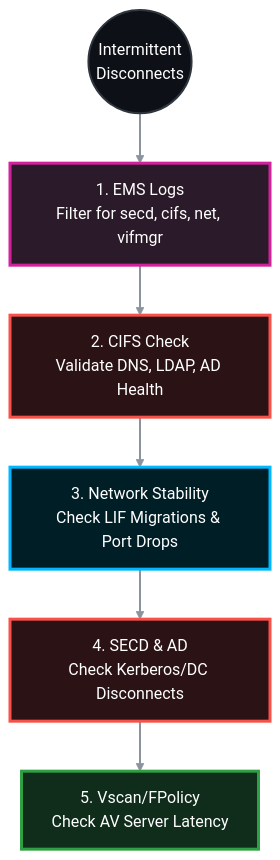
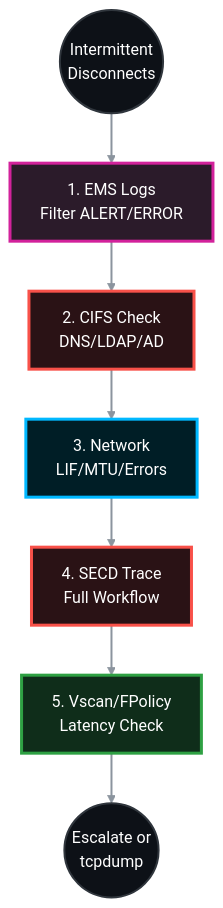
The diagram in NetApp/CIFS/Interminent_issue/storage_side.md (sulthansharief-ks/SAN-NAS_Central), drawn with Mermaid before and after one commit. The commit also changed other lines of this file, not shown here.

````diff
--- a/NetApp/CIFS/Interminent_issue/storage_side.md
+++ b/NetApp/CIFS/Interminent_issue/storage_side.md
@@ -21,25 +20,19 @@
 ```mermaid
 graph TD
-    %% --- Dark Mode Theme Definitions ---
     classDef base fill:#0d1117,stroke:#30363d,stroke-width:2px,color:#fff
     classDef log fill:#2b1b2a,stroke:#d2229b,stroke-width:3px,color:#fff
     classDef ad fill:#2a1215,stroke:#f85149,stroke-width:3px,color:#fff
     classDef network fill:#001e26,stroke:#00b8ff,stroke-width:3px,color:#fff
     classDef io fill:#0f2d1a,stroke:#2ea043,stroke-width:3px,color:#fff
 
     Start((Intermittent<br/>Disconnects)):::base
+    EMS["1. EMS Logs<br/>Filter ALERT/ERROR"]:::log
+    CHECK["2. CIFS Check<br/>DNS/LDAP/AD"]:::ad
+    LIF["3. Network<br/>LIF/MTU/Errors"]:::network
+    SECD["4. SECD Trace<br/>Full Workflow"]:::ad
+    VSCAN["5. Vscan/FPolicy<br/>Latency Check"]:::io
+    END((Escalate or<br/>tcpdump)):::base
 
-    EMS["1. EMS Logs<br/>Filter for secd, cifs, net, vifmgr"]:::log
-    CHECK["2. CIFS Check<br/>Validate DNS, LDAP, AD Health"]:::ad
-    LIF["3. Network Stability<br/>Check LIF Migrations & Port Drops"]:::network
-    SECD["4. SECD & AD<br/>Check Kerberos/DC Disconnects"]:::ad
-    VSCAN["5. Vscan/FPolicy<br/>Check AV Server Latency"]:::io
-
-    Start --> EMS
-    EMS --> CHECK
-    CHECK --> LIF
-    LIF --> SECD
-    SECD --> VSCAN
-
-    linkStyle 0,1,2,3,4 stroke:#8b949e,stroke-width:2px
+    Start --> EMS --> CHECK --> LIF --> SECD --> VSCAN --> END
+    linkStyle 0,1,2,3,4,5 stroke:#8b949e,stroke-width:2px
 ```
````
